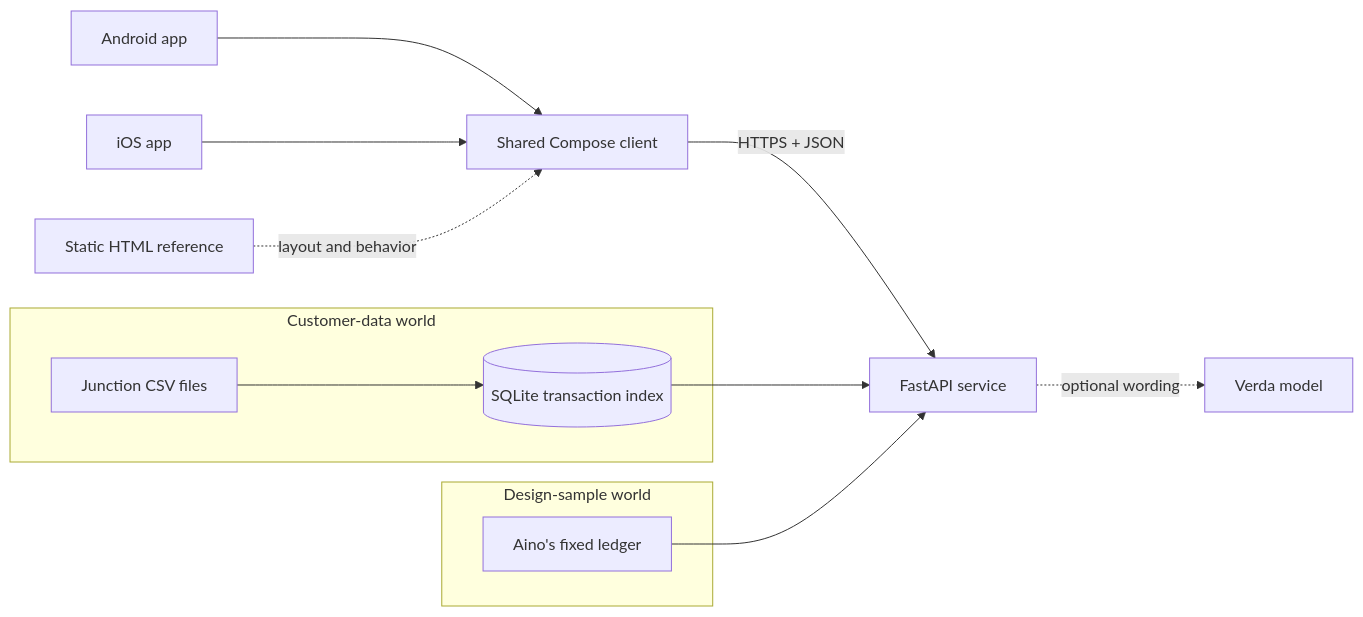
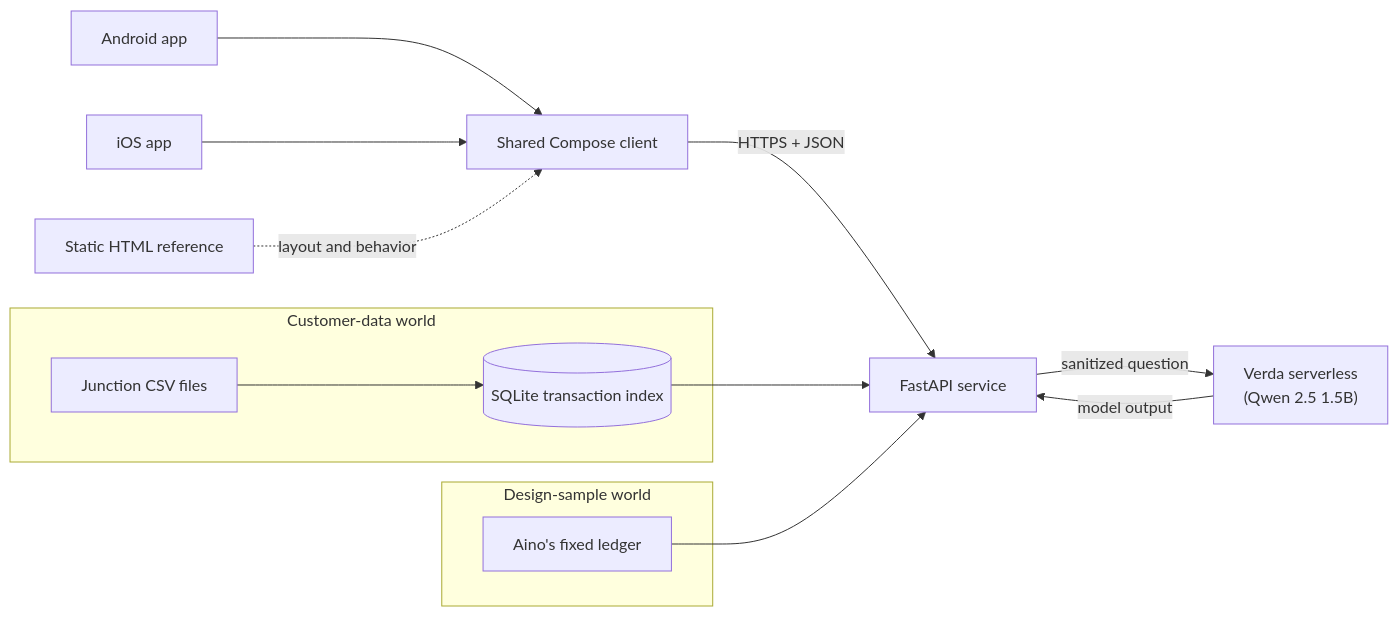
Before and after one commit to giaongo/SpendSight: the diagram in README.md, drawn with Mermaid. The commit also changed 1 other file, not shown here.

Commit message:
docs: update README with Verda model and serverless deployment details
- Add AI model section to backend README specifying Qwen 2.5 1.5B Instruct
- Document Verda serverless deployment for customer coach
- Update root README architecture diagram to show model and sanitization flow
- Link to verda.py for safety rules and sanitization details

Note: Screenshots still need to be added to root README

````diff
--- a/README.md
+++ b/README.md
@@ -93,19 +93,20 @@
 ```mermaid
 flowchart LR
     A[Android app] --> S[Shared Compose client]
     I[iOS app] --> S
     S -->|HTTPS + JSON| API[FastAPI service]
 
     subgraph Customer[Customer-data world]
         CSV[Junction CSV files] --> DB[(SQLite transaction index)]
     end
 
     subgraph Sample[Design-sample world]
         LEDGER[Aino's fixed ledger]
     end
 
     DB --> API
     LEDGER --> API
-    API -. optional wording .-> AI[Verda model]
+    API -->|sanitized question| Verda["Verda serverless<br/>(Qwen 2.5 1.5B)"]
+    Verda -->|model output| API
     DESIGN[Static HTML reference] -. layout and behavior .-> S
 ```
````
